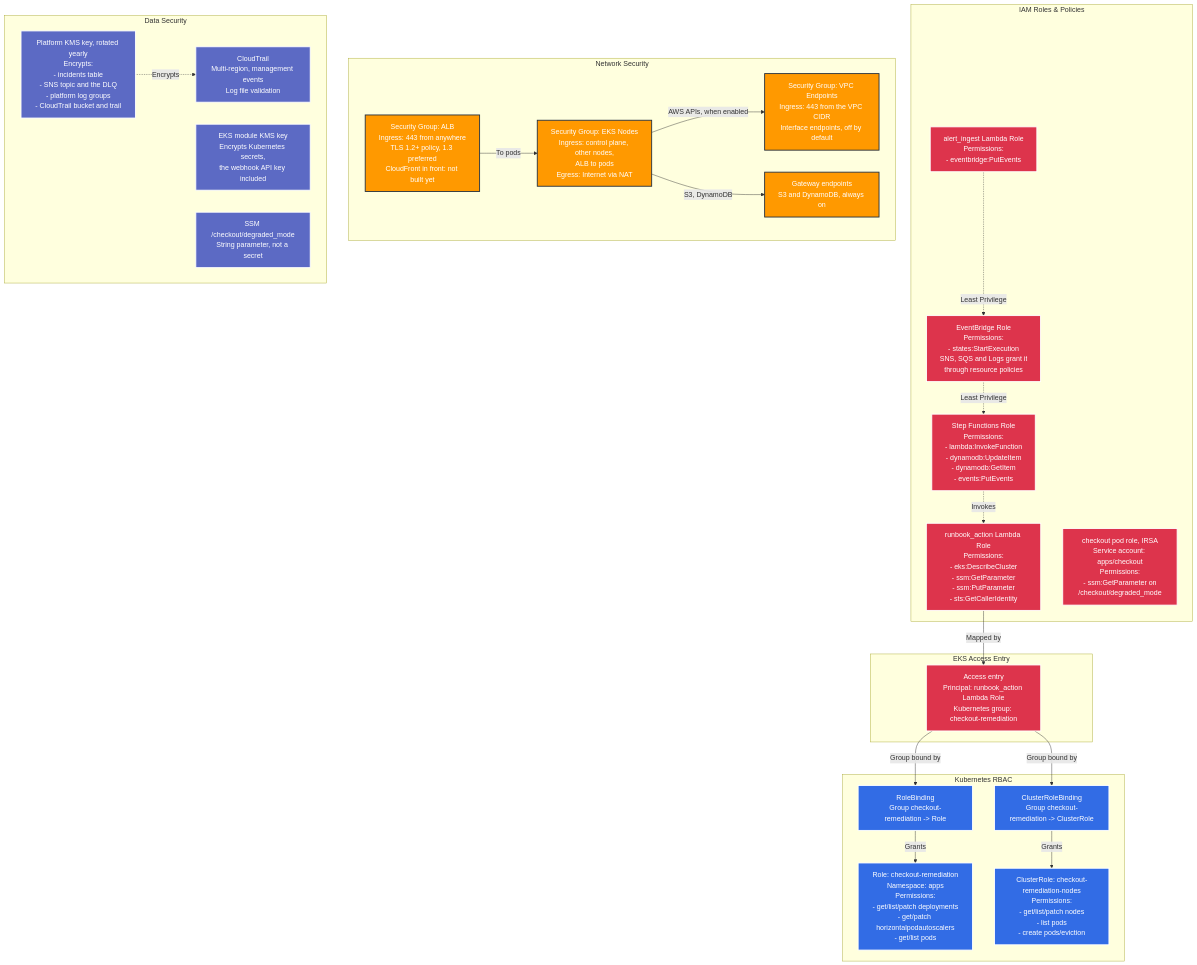
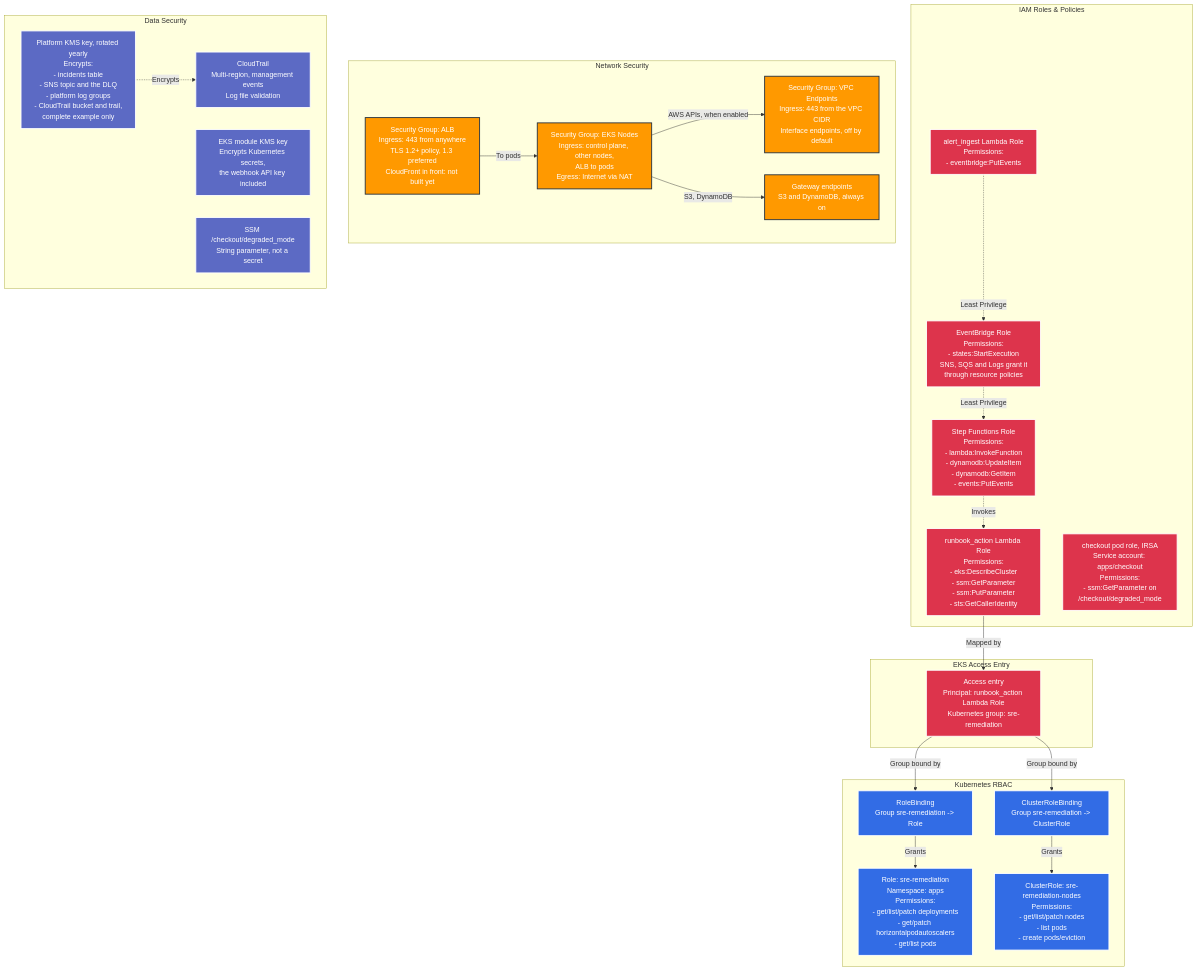
Before and after one commit to amrutp24/event-driven-sre-platform: the fourth of 4 diagrams in docs/architecture/README.md, drawn with Mermaid. The commit also changed other lines of this file and 88 other files, not shown here.

````diff
--- a/docs/architecture/README.md
+++ b/docs/architecture/README.md
@@ -273,61 +275,61 @@
 ```mermaid
 graph TB
     subgraph "IAM Roles & Policies"
         R1[alert_ingest Lambda Role<br/>Permissions:<br/>- eventbridge:PutEvents]
         R2[runbook_action Lambda Role<br/>Permissions:<br/>- eks:DescribeCluster<br/>- ssm:GetParameter<br/>- ssm:PutParameter<br/>- sts:GetCallerIdentity]
         R3[EventBridge Role<br/>Permissions:<br/>- states:StartExecution<br/>SNS, SQS and Logs grant it<br/>through resource policies]
         R4[Step Functions Role<br/>Permissions:<br/>- lambda:InvokeFunction<br/>- dynamodb:UpdateItem<br/>- dynamodb:GetItem<br/>- events:PutEvents]
         R5[checkout pod role, IRSA<br/>Service account: apps/checkout<br/>Permissions:<br/>- ssm:GetParameter on<br/>/checkout/degraded_mode]
     end
 
     subgraph "EKS Access Entry"
-        AE[Access entry<br/>Principal: runbook_action Lambda Role<br/>Kubernetes group: checkout-remediation]
+        AE[Access entry<br/>Principal: runbook_action Lambda Role<br/>Kubernetes group: sre-remediation]
     end
 
     subgraph "Kubernetes RBAC"
-        Role[Role: checkout-remediation<br/>Namespace: apps<br/>Permissions:<br/>- get/list/patch deployments<br/>- get/patch horizontalpodautoscalers<br/>- get/list pods]
-        RB[RoleBinding<br/>Group checkout-remediation -> Role]
-        CRole[ClusterRole: checkout-remediation-nodes<br/>Permissions:<br/>- get/list/patch nodes<br/>- list pods<br/>- create pods/eviction]
-        CRB[ClusterRoleBinding<br/>Group checkout-remediation -> ClusterRole]
+        Role[Role: sre-remediation<br/>Namespace: apps<br/>Permissions:<br/>- get/list/patch deployments<br/>- get/patch horizontalpodautoscalers<br/>- get/list pods]
+        RB[RoleBinding<br/>Group sre-remediation -> Role]
+        CRole[ClusterRole: sre-remediation-nodes<br/>Permissions:<br/>- get/list/patch nodes<br/>- list pods<br/>- create pods/eviction]
+        CRB[ClusterRoleBinding<br/>Group sre-remediation -> ClusterRole]
     end
 
     subgraph "Network Security"
         SG1[Security Group: EKS Nodes<br/>Ingress: control plane, other nodes,<br/>ALB to pods<br/>Egress: Internet via NAT]
         SG2[Security Group: ALB<br/>Ingress: 443 from anywhere<br/>TLS 1.2+ policy, 1.3 preferred<br/>CloudFront in front: not built yet]
         SG3[Security Group: VPC Endpoints<br/>Ingress: 443 from the VPC CIDR<br/>Interface endpoints, off by default]
         GW[Gateway endpoints<br/>S3 and DynamoDB, always on]
     end
 
     subgraph "Data Security"
-        KMS[Platform KMS key, rotated yearly<br/>Encrypts:<br/>- incidents table<br/>- SNS topic and the DLQ<br/>- platform log groups<br/>- CloudTrail bucket and trail]
+        KMS[Platform KMS key, rotated yearly<br/>Encrypts:<br/>- incidents table<br/>- SNS topic and the DLQ<br/>- platform log groups<br/>- CloudTrail bucket and trail,<br/>complete example only]
         EKSKMS[EKS module KMS key<br/>Encrypts Kubernetes secrets,<br/>the webhook API key included]
         Trail[CloudTrail<br/>Multi-region, management events<br/>Log file validation]
         SSM_Flag[SSM /checkout/degraded_mode<br/>String parameter, not a secret]
     end
 
     R2 -->|Mapped by| AE
     AE -->|Group bound by| RB
     RB -->|Grants| Role
     AE -->|Group bound by| CRB
     CRB -->|Grants| CRole
 
     R1 -.->|Least Privilege| R3
     R3 -.->|Least Privilege| R4
     R4 -.->|Invokes| R2
 
     SG2 -->|To pods| SG1
     SG1 -->|AWS APIs, when enabled| SG3
     SG1 -->|S3, DynamoDB| GW
 
     KMS -.->|Encrypts| Trail
 
     classDef iam fill:#DD344C,stroke:#fff,stroke-width:2px,color:#fff
     classDef k8s fill:#326CE5,stroke:#fff,stroke-width:2px,color:#fff
     classDef network fill:#FF9900,stroke:#232F3E,stroke-width:2px,color:#fff
     classDef encryption fill:#5C6AC4,stroke:#fff,stroke-width:2px,color:#fff
 
     class R1,R2,R3,R4,R5,AE iam
     class Role,RB,CRole,CRB k8s
     class SG1,SG2,SG3,GW network
     class KMS,EKSKMS,Trail,SSM_Flag encryption
 ```
````
